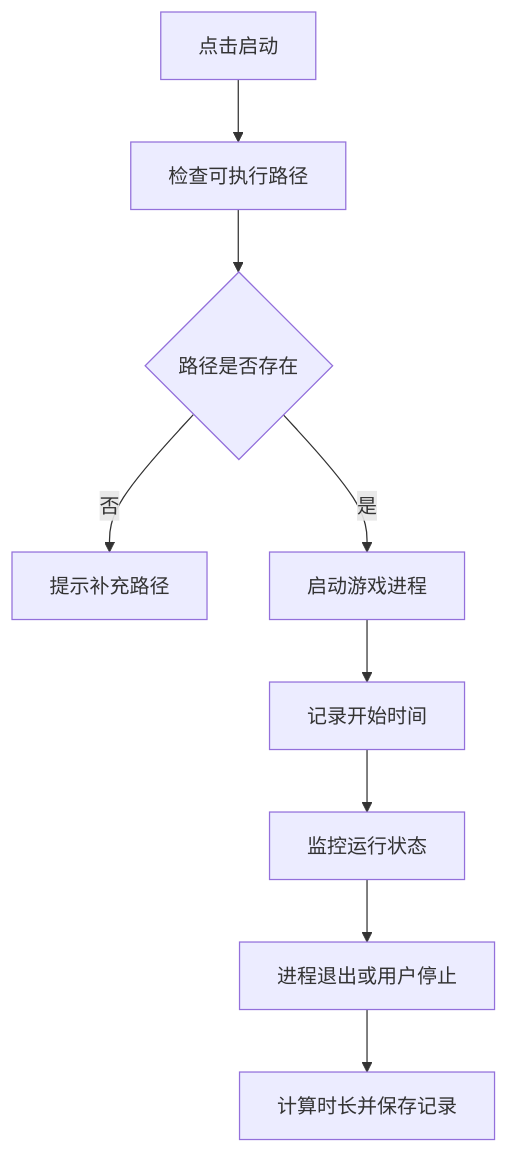
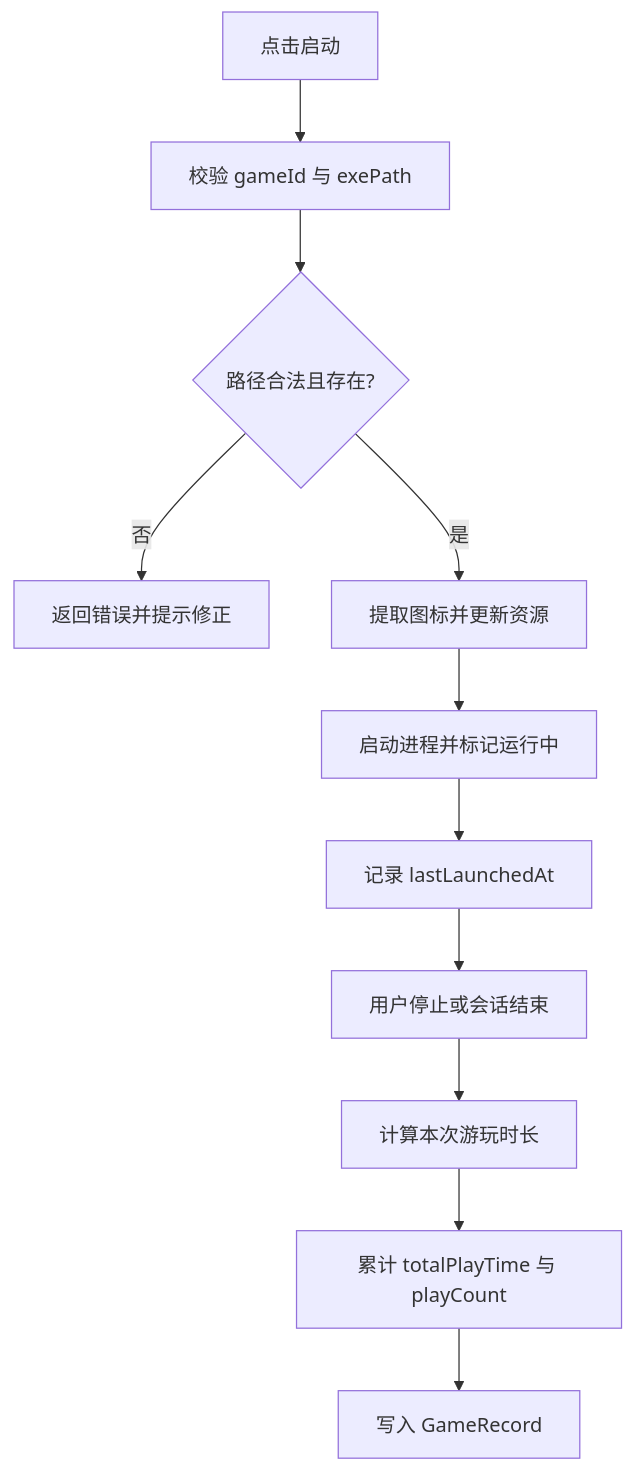
One commit to Halory-Ito/vnweb changed the third of 11 diagrams in 毕业设计论文.md. Above: the diagram before and after it, drawn with Mermaid. The commit also changed other lines of this file and 47 other files, not shown here.

````diff
--- a/毕业设计论文.md
+++ b/毕业设计论文.md
@@ -134,11 +263,13 @@
 ```mermaid
 flowchart TD
-  A[点击启动] --> B[检查可执行路径]
-  B --> C{路径是否存在}
-  C -->|否| D[提示补充路径]
-  C -->|是| E[启动游戏进程]
-  E --> F[记录开始时间]
-  F --> G[监控运行状态]
-  G --> H[进程退出或用户停止]
-  H --> I[计算时长并保存记录]
+  A[点击启动] --> B[校验 gameId 与 exePath]
+  B --> C{路径合法且存在?}
+  C -->|否| D[返回错误并提示修正]
+  C -->|是| E[提取图标并更新资源]
+  E --> F[启动进程并标记运行中]
+  F --> G[记录 lastLaunchedAt]
+  G --> H[用户停止或会话结束]
+  H --> I[计算本次游玩时长]
+  I --> J[累计 totalPlayTime 与 playCount]
+  J --> K[写入 GameRecord]
 ```
````
